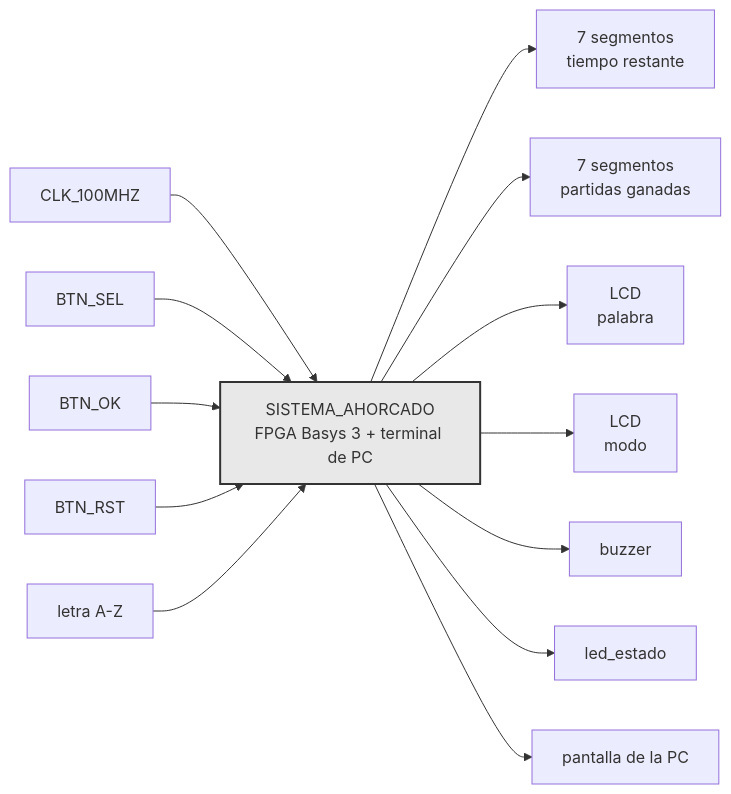
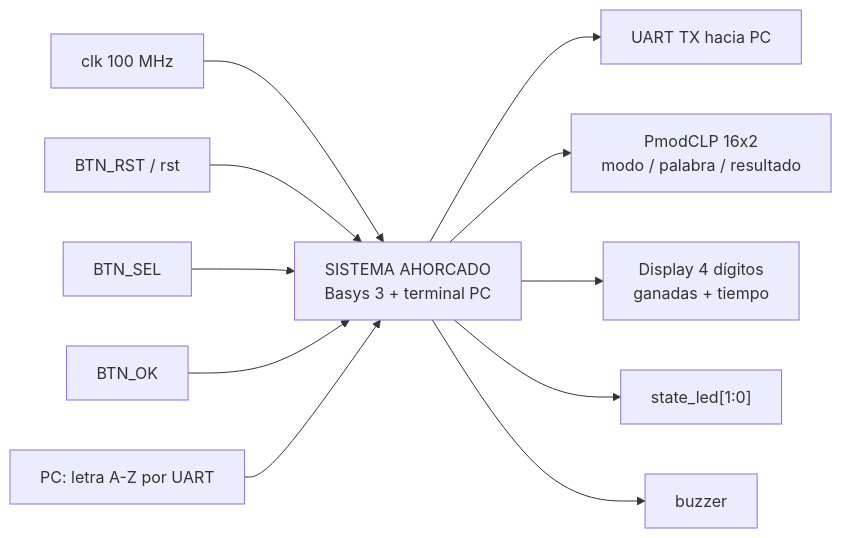
One commit to Taller-de-diseno-digital-GR01/Proyecto-2-Ahorcado changed the first of 2 diagrams in docs/diseño/diagramas/nivel01.md. Above: the diagram before and after it, drawn with Mermaid. The commit also changed other lines of this file and 3 other files, not shown here.

Commit message:
Actualizados los archivos en la carpeta docs/diseño/diagramas para que correspondan a la lógica y arquitectura actuales

````diff
--- a/docs/diseño/diagramas/nivel01.md
+++ b/docs/diseño/diagramas/nivel01.md
@@ -5,20 +5,16 @@
 ```mermaid
 flowchart LR
-    CLK_100MHZ[CLK_100MHZ] --> SIS
-    BTN_SEL[BTN_SEL] --> SIS
-    BTN_OK[BTN_OK] --> SIS
-    BTN_RST[BTN_RST] --> SIS
-    letra["letra A-Z"] --> SIS
+    CLK["clk 100 MHz"] --> SYS
+    RST["BTN_RST / rst"] --> SYS
+    SEL["BTN_SEL"] --> SYS
+    OK["BTN_OK"] --> SYS
+    PCIN["PC: letra A-Z por UART"] --> SYS
 
-    SIS["SISTEMA_AHORCADO<br/>FPGA Basys 3 + terminal de PC"]
+    SYS["SISTEMA AHORCADO<br/>Basys 3 + terminal PC"]
 
-    SIS --> t7seg["7 segmentos<br/>tiempo restante"]
-    SIS --> g7seg["7 segmentos<br/>partidas ganadas"]
-    SIS --> lcd_palabra["LCD<br/>palabra"]
-    SIS --> lcd_modo["LCD<br/>modo"]
-    SIS --> buzzer[buzzer]
-    SIS --> led[led_estado]
-    SIS --> pc["pantalla de la PC"]
-
-    style SIS fill:#e8e8e8,stroke:#333,stroke-width:2px
+    SYS --> UARTOUT["UART TX hacia PC"]
+    SYS --> LCD["PmodCLP 16x2<br/>modo / palabra / resultado"]
+    SYS --> DISP["Display 4 dígitos<br/>ganadas + tiempo"]
+    SYS --> LED["state_led[1:0]"]
+    SYS --> BUZ["buzzer"]
 ```
````
